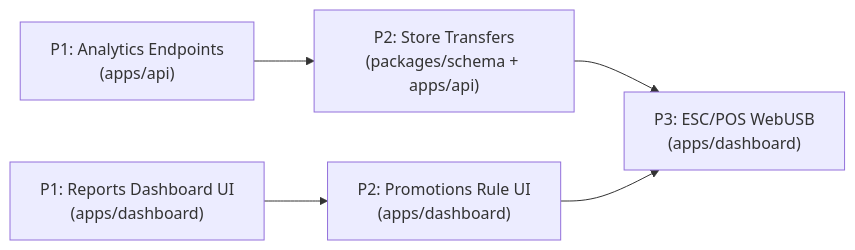
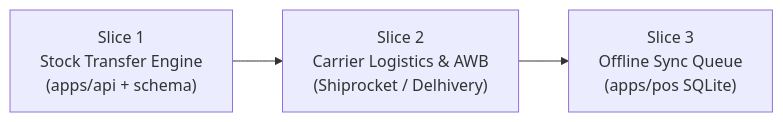
The fifth of 5 diagrams in docs/todos-and-roadmap.md (codernotme/marketplace), drawn with Mermaid before and after one commit. The commit also changed other lines of this file and 264 other files, not shown here.

Commit message:
feat: initialize api and pos applications with initial modules and structure

````diff
--- a/docs/todos-and-roadmap.md
+++ b/docs/todos-and-roadmap.md
@@ -268,13 +203,8 @@
 ```mermaid
 flowchart LR
-    P1A["P1: Analytics Endpoints<br/>(apps/api)"]
-    P1B["P1: Reports Dashboard UI<br/>(apps/dashboard)"]
-    P2A["P2: Store Transfers<br/>(packages/schema + apps/api)"]
-    P2B["P2: Promotions Rule UI<br/>(apps/dashboard)"]
-    P3["P3: ESC/POS WebUSB<br/>(apps/dashboard)"]
+    S1["Slice 1<br/>Stock Transfer Engine<br/>(apps/api + schema)"]
+    S2["Slice 2<br/>Carrier Logistics & AWB<br/>(Shiprocket / Delhivery)"]
+    S3["Slice 3<br/>Offline Sync Queue<br/>(apps/pos SQLite)"]
 
-    P1A --> P2A
-    P1B --> P2B
-    P2A --> P3
-    P2B --> P3
+    S1 --> S2 --> S3
 ```
````
